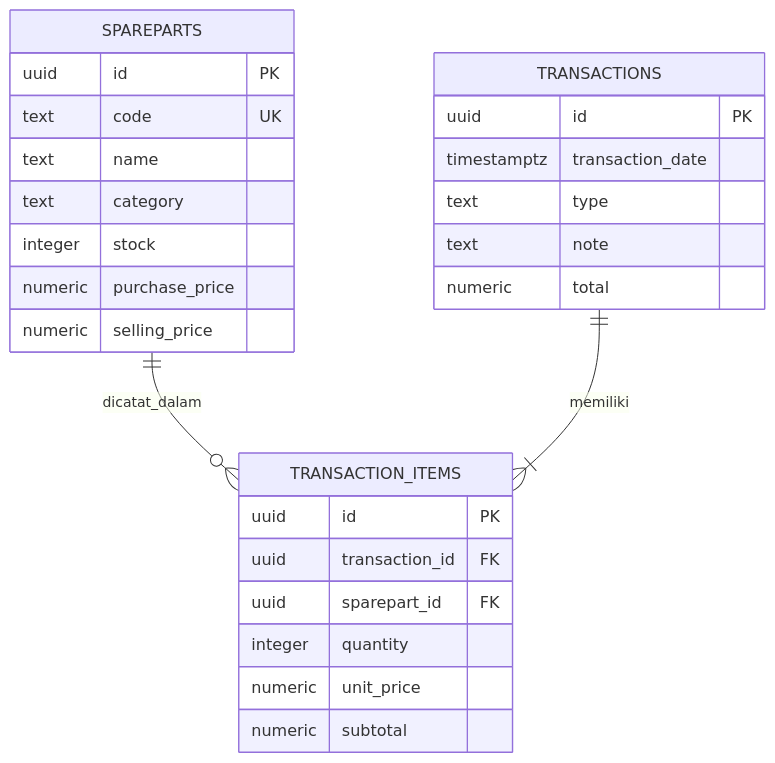
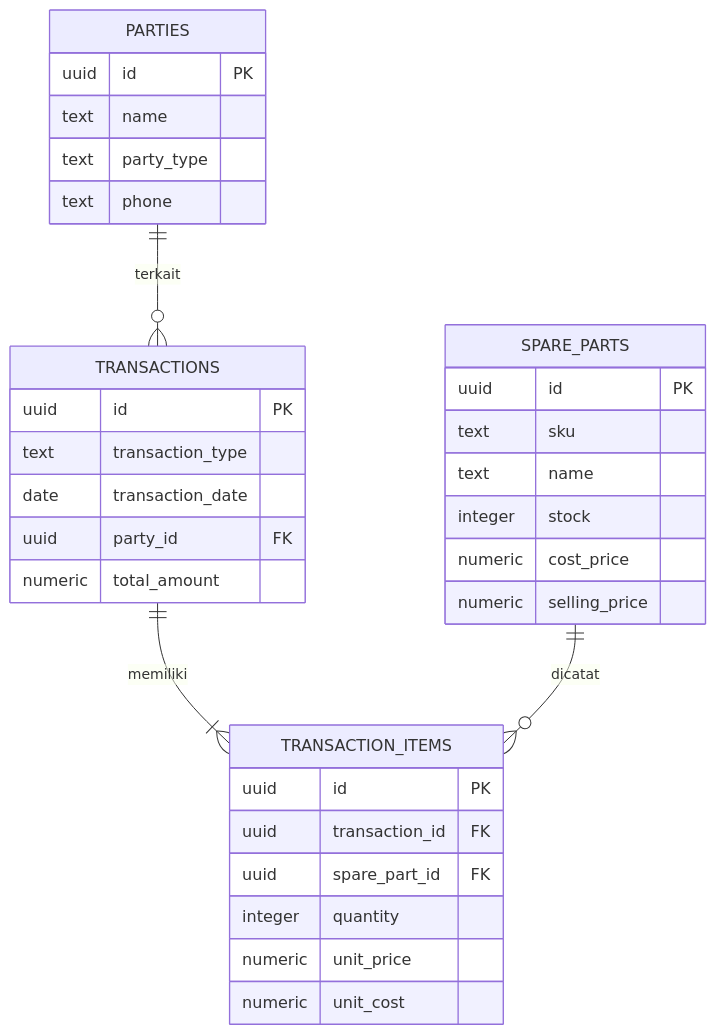
Before and after one commit to jamesimmanuel1506/Sistem-Akuntansi-Sparepart-Motor: the diagram in README.md, drawn with Mermaid. The commit also changed other lines of this file and 6 other files, not shown here.

````diff
--- a/README.md
+++ b/README.md
@@ -45,29 +5,36 @@
 ```mermaid
 erDiagram
-	SPAREPARTS ||--o{ TRANSACTION_ITEMS : dicatat_dalam
-	TRANSACTIONS ||--|{ TRANSACTION_ITEMS : memiliki
-	SPAREPARTS {
-		uuid id PK
-		text code UK
-		text name
-		text category
-		integer stock
-		numeric purchase_price
-		numeric selling_price
-	}
-	TRANSACTIONS {
-		uuid id PK
-		timestamptz transaction_date
-		text type
-		text note
-		numeric total
-	}
-	TRANSACTION_ITEMS {
-		uuid id PK
-		uuid transaction_id FK
-		uuid sparepart_id FK
-		integer quantity
-		numeric unit_price
-		numeric subtotal
-	}
+  PARTIES ||--o{ TRANSACTIONS : terkait
+  TRANSACTIONS ||--|{ TRANSACTION_ITEMS : memiliki
+  SPARE_PARTS ||--o{ TRANSACTION_ITEMS : dicatat
+
+  PARTIES {
+    uuid id PK
+    text name
+    text party_type
+    text phone
+  }
+  SPARE_PARTS {
+    uuid id PK
+    text sku
+    text name
+    integer stock
+    numeric cost_price
+    numeric selling_price
+  }
+  TRANSACTIONS {
+    uuid id PK
+    text transaction_type
+    date transaction_date
+    uuid party_id FK
+    numeric total_amount
+  }
+  TRANSACTION_ITEMS {
+    uuid id PK
+    uuid transaction_id FK
+    uuid spare_part_id FK
+    integer quantity
+    numeric unit_price
+    numeric unit_cost
+  }
 ```
````
